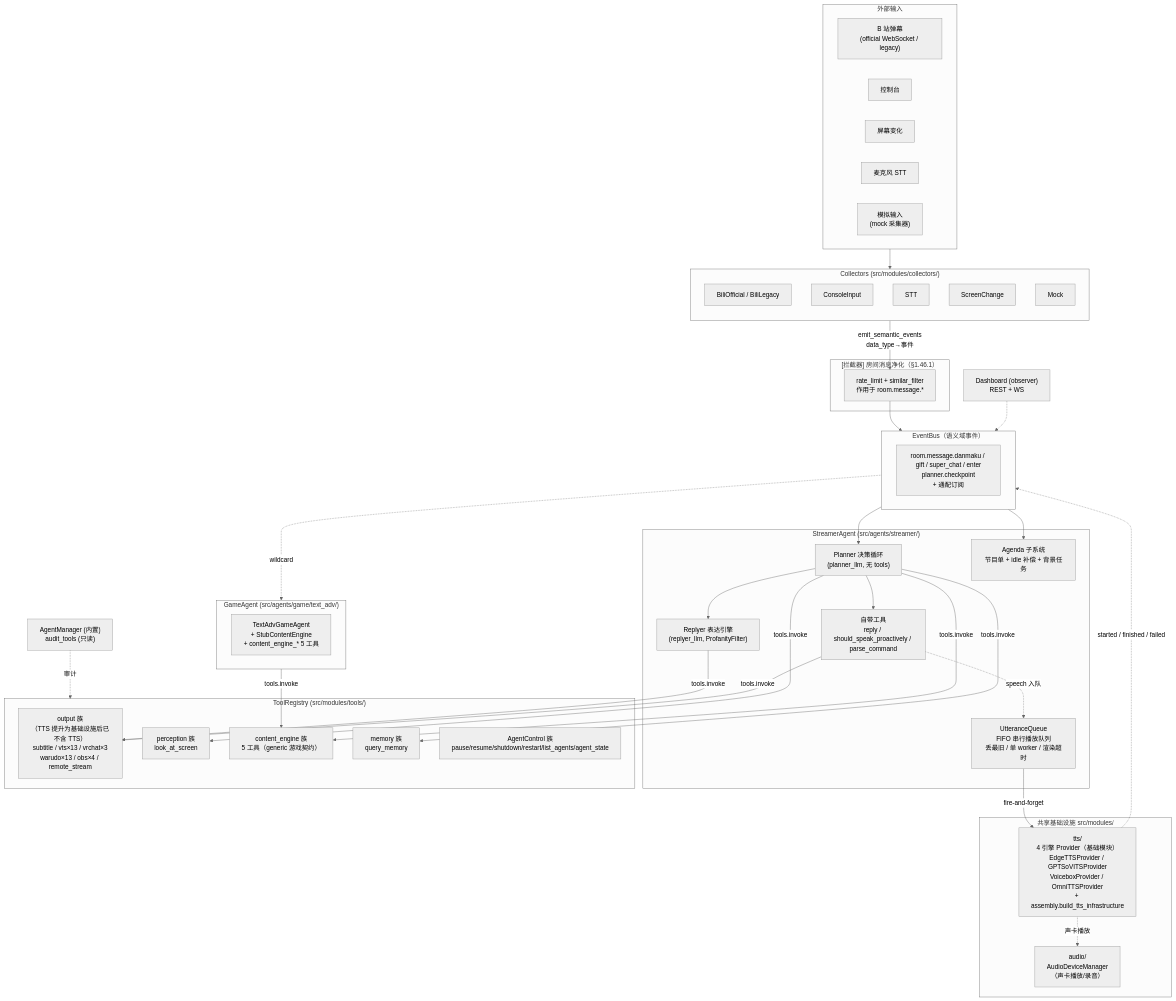
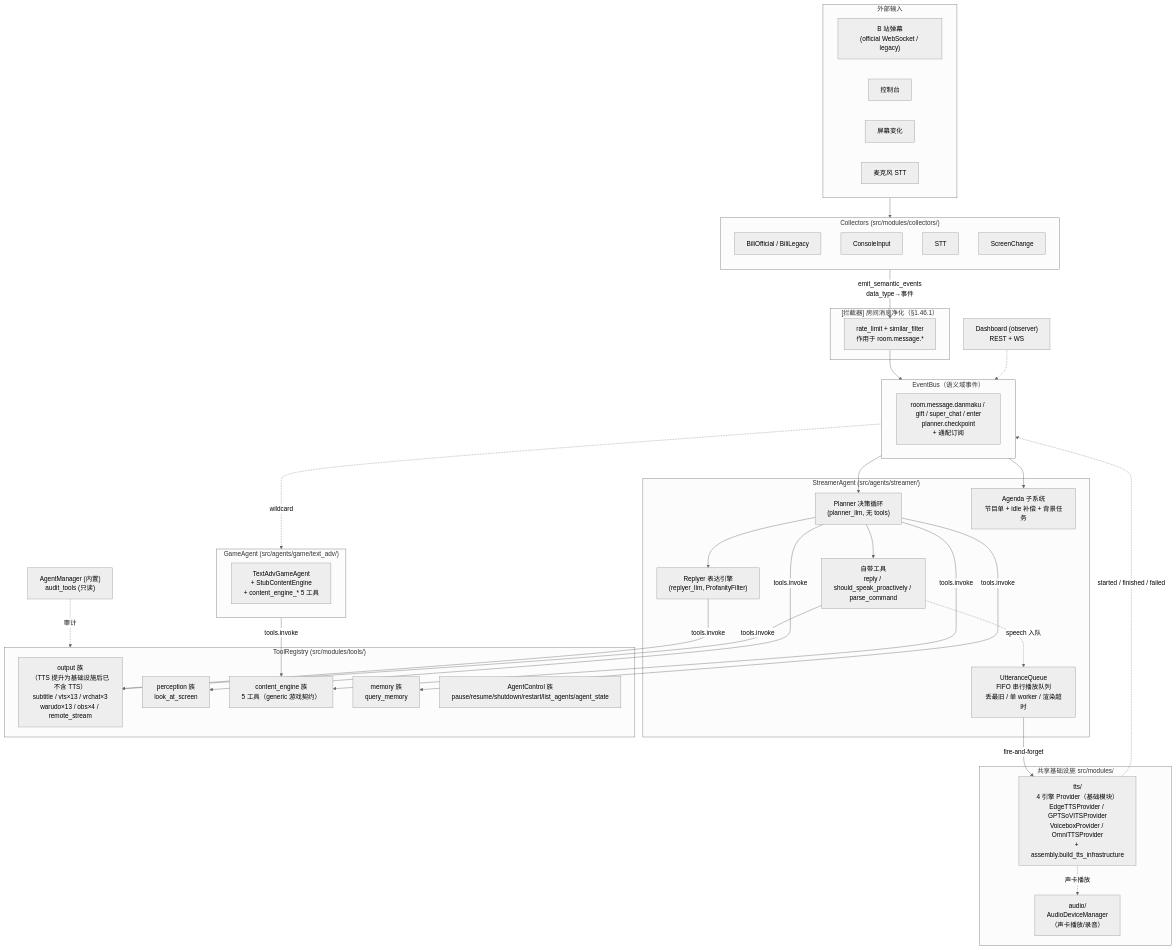
The first of 3 diagrams in docs/architecture/overview.md (Mai-with-u/Amaidesu), drawn with Mermaid (neutral theme) before and after one commit. The commit also changed other lines of this file and 51 other files, not shown here.

````diff
--- a/docs/architecture/overview.md
+++ b/docs/architecture/overview.md
@@ -9,73 +9,71 @@
 ```mermaid
 flowchart TB
     subgraph Ext["外部输入"]
         Bili["B 站弹幕<br/>(official WebSocket / legacy)"]
         Cons["控制台"]
         Screen["屏幕变化"]
         Mic["麦克风 STT"]
-        Mock["模拟输入<br/>(mock 采集器)"]
     end
 
     subgraph Collectors["Collectors (src/modules/collectors/)"]
         direction TB
         CBili["BiliOfficial / BiliLegacy"]
         CCons["ConsoleInput"]
         CMic["STT"]
         CScreen["ScreenChange"]
-        CMock["Mock"]
     end
 
     subgraph Interceptors["[拦截器] 房间消息净化（§1.46.1）"]
         INT["rate_limit + similar_filter<br/>作用于 room.message.*"]
     end
 
     subgraph Bus["EventBus（语义域事件）"]
         EB["room.message.danmaku / gift / super_chat / enter<br/>planner.checkpoint<br/>+ 通配订阅"]
     end
 
     subgraph Streamer["StreamerAgent (src/agents/streamer/)"]
         Planner["Planner 决策循环<br/>(planner_llm, 无 tools)"]
         Reply["Replyer 表达引擎<br/>(replyer_llm, ProfanityFilter)"]
         Agenda["Agenda 子系统<br/>节目单 + idle 补偿 + 背景任务"]
         Tools["自带工具<br/>reply / should_speak_proactively / parse_command"]
         UQ["UtteranceQueue<br/>FIFO 串行播放队列<br/>丢最旧 / 单 worker / 渲染超时"]
     end
 
     subgraph Game["GameAgent (src/agents/game/text_adv/)"]
         TextAdv["TextAdvGameAgent<br/>+ StubContentEngine<br/>+ content_engine_* 5 工具"]
     end
 
     subgraph Registry["ToolRegistry (src/modules/tools/)"]
         Out["output 族<br/>（TTS 提升为基础设施后已不含 TTS）<br/>subtitle / vts×13 / vrchat×3<br/>warudo×13 / obs×4 / remote_stream"]
         Per["perception 族<br/>look_at_screen"]
         CE["content_engine 族<br/>5 工具（generic 游戏契约）"]
         Mem["memory 族<br/>query_memory"]
         Ctrl["AgentControl 族<br/>pause/resume/shutdown/restart/list_agents/agent_state"]
     end
 
     subgraph InFra["共享基础设施 src/modules/"]
         TTS["tts/<br/>4 引擎 Provider（基础模块）<br/>EdgeTTSProvider / GPTSoVITSProvider<br/>VoiceboxProvider / OmniTTSProvider<br/>+ assembly.build_tts_infrastructure"]
         Audio["audio/<br/>AudioDeviceManager<br/>（声卡播放/录音）"]
     end
 
     Ext --> Collectors
     Collectors -->|"emit_semantic_events<br/>data_type→事件"| INT
     INT --> Bus
     Bus --> Planner
     Bus --> Agenda
     Planner --> Reply
     Planner --> Tools
     Reply -->|tools.invoke| Out
     Tools -->|tools.invoke| Out
     Planner -->|tools.invoke| CE
     Planner -->|tools.invoke| Per
     Planner -->|tools.invoke| Mem
     Bus -.->|wildcard| Game
     Game -->|tools.invoke| CE
     Tools -.->|speech 入队| UQ
     UQ -->|fire-and-forget| TTS
     TTS -.->|started / finished / failed| Bus
     TTS -.->|声卡播放| Audio
     Manager["AgentManager (内置)<br/>audit_tools (只读)"] -.->|审计| Registry
     Dashboard["Dashboard (observer)<br/>REST + WS"] -.-> Bus
 ```
````
